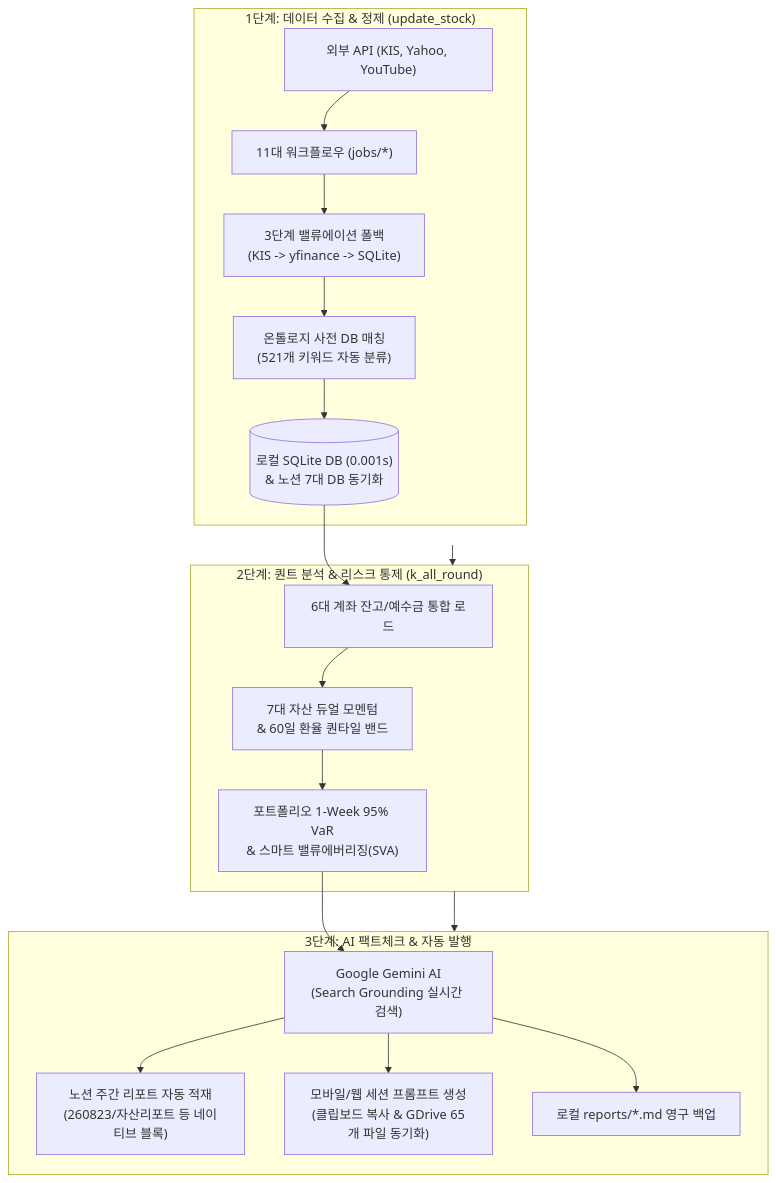
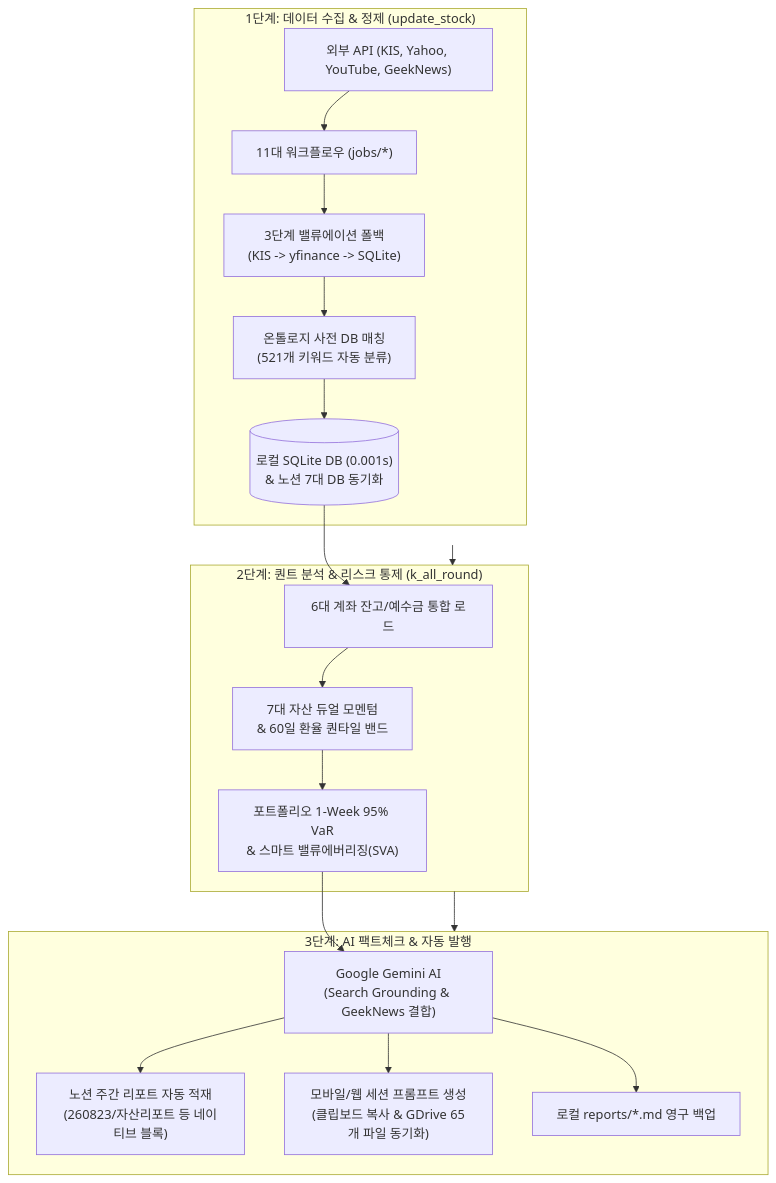
The diagram in docs/SYSTEM_MAP.md (choigyuyoung-lab/update_stock), drawn with Mermaid before and after one commit. The commit also changed other lines of this file and 1 other file, not shown here.

````diff
--- a/docs/SYSTEM_MAP.md
+++ b/docs/SYSTEM_MAP.md
@@ -61,24 +62,24 @@
 ```mermaid
 flowchart TD
     subgraph S1["1단계: 데이터 수집 & 정제 (update_stock)"]
-        D1["외부 API (KIS, Yahoo, YouTube)"] --> D2["11대 워크플로우 (jobs/*)"]
+        D1["외부 API (KIS, Yahoo, YouTube, GeekNews)"] --> D2["11대 워크플로우 (jobs/*)"]
         D2 --> D3["3단계 밸류에이션 폴백\n(KIS -> yfinance -> SQLite)"]
         D3 --> D4["온톨로지 사전 DB 매칭\n(521개 키워드 자동 분류)"]
         D4 --> D5[("로컬 SQLite DB (0.001s)\n& 노션 7대 DB 동기화")]
     end
 
     subgraph S2["2단계: 퀀트 분석 & 리스크 통제 (k_all_round)"]
         D5 --> P1["6대 계좌 잔고/예수금 통합 로드"]
         P1 --> P2["7대 자산 듀얼 모멘텀\n& 60일 환율 퀀타일 밴드"]
         P2 --> P3["포트폴리오 1-Week 95% VaR\n& 스마트 밸류에버리징(SVA)"]
     end
 
     subgraph S3["3단계: AI 팩트체크 & 자동 발행"]
-        P3 --> A1["Google Gemini AI\n(Search Grounding 실시간 검색)"]
+        P3 --> A1["Google Gemini AI\n(Search Grounding & GeekNews 결합)"]
         A1 --> A2["노션 주간 리포트 자동 적재\n(260823/자산리포트 등 네이티브 블록)"]
         A1 --> A3["모바일/웹 세션 프롬프트 생성\n(클립보드 복사 & GDrive 65개 파일 동기화)"]
         A1 --> A4["로컬 reports/*.md 영구 백업"]
     end
 
     S1 --> S2 --> S3
 ```
````
